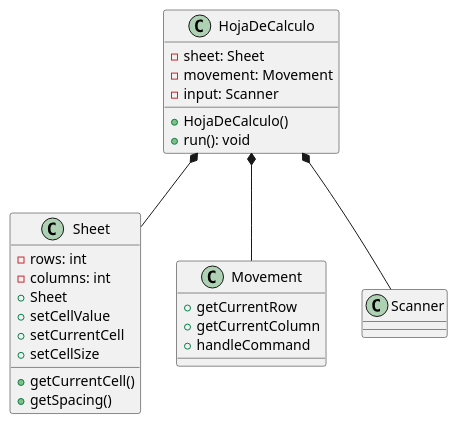
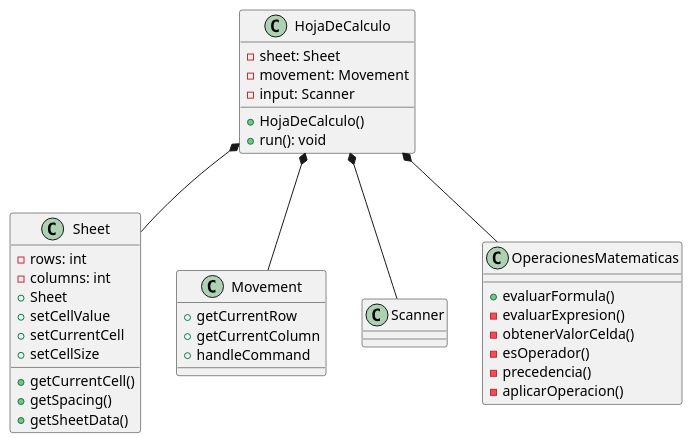
One commit to pablarce/23-24-IdSw2-SDD changed the diagram in casosDeUso/cduHojadeCalculo/CasoUsoHojadeCalculo.puml. Above: the diagram before and after it, drawn with PlantUML.

```diff
--- a/casosDeUso/cduHojadeCalculo/CasoUsoHojadeCalculo.puml
+++ b/casosDeUso/cduHojadeCalculo/CasoUsoHojadeCalculo.puml
@@ -1,36 +1,47 @@
 @startuml HojaDeCalculo
 
 class HojaDeCalculo {
     - sheet: Sheet
     - movement: Movement
     - input: Scanner
     + HojaDeCalculo()
     + run(): void
 }
 
 class Sheet {
     - rows: int
     - columns: int
     + Sheet
     + setCellValue
     + getCurrentCell()
     + setCurrentCell
     + setCellSize
     + getSpacing()
+    + getSheetData()
 }
 
 class Movement {
     + getCurrentRow
     + getCurrentColumn
     + handleCommand
 }
 
 class Scanner {
     
 }
 
+class OperacionesMatematicas {
+    + evaluarFormula()
+    - evaluarExpresion()
+    - obtenerValorCelda()
+    - esOperador()
+    - precedencia()
+    - aplicarOperacion()
+}
+
 HojaDeCalculo *-- Sheet 
 HojaDeCalculo *-- Movement 
 HojaDeCalculo *-- Scanner 
+HojaDeCalculo *-- OperacionesMatematicas
 
 @enduml
```
